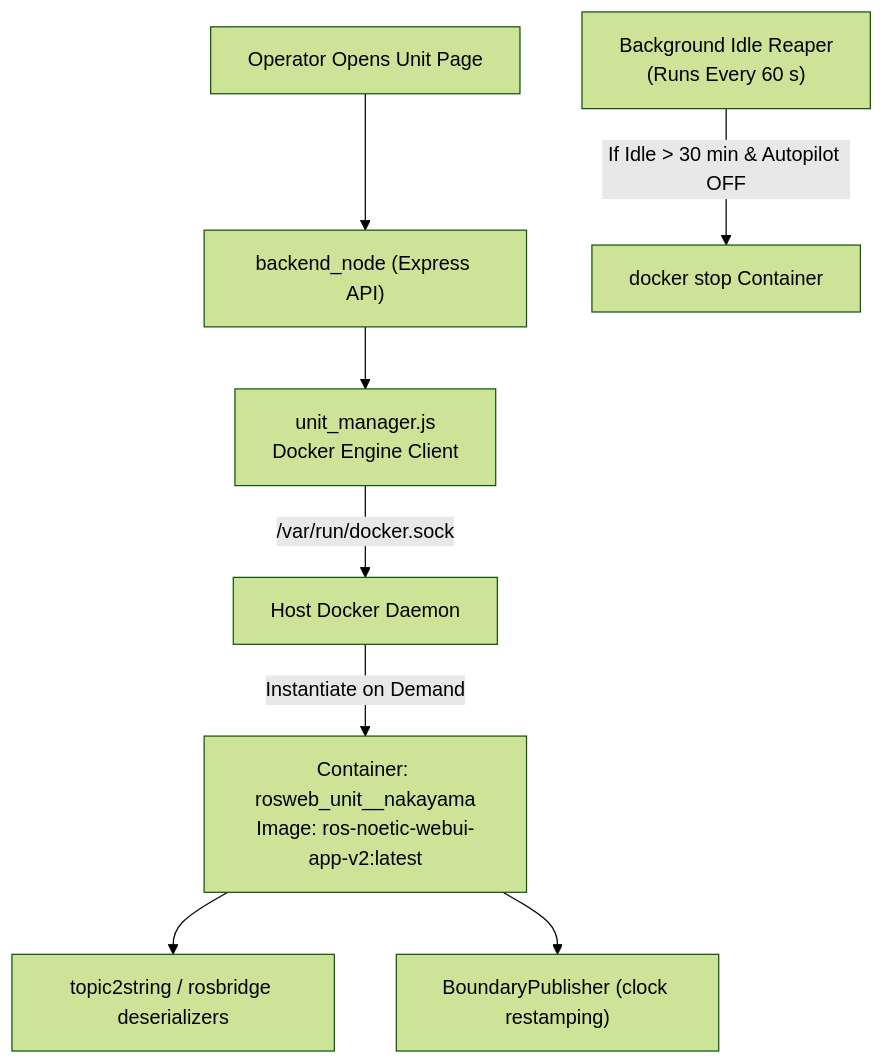
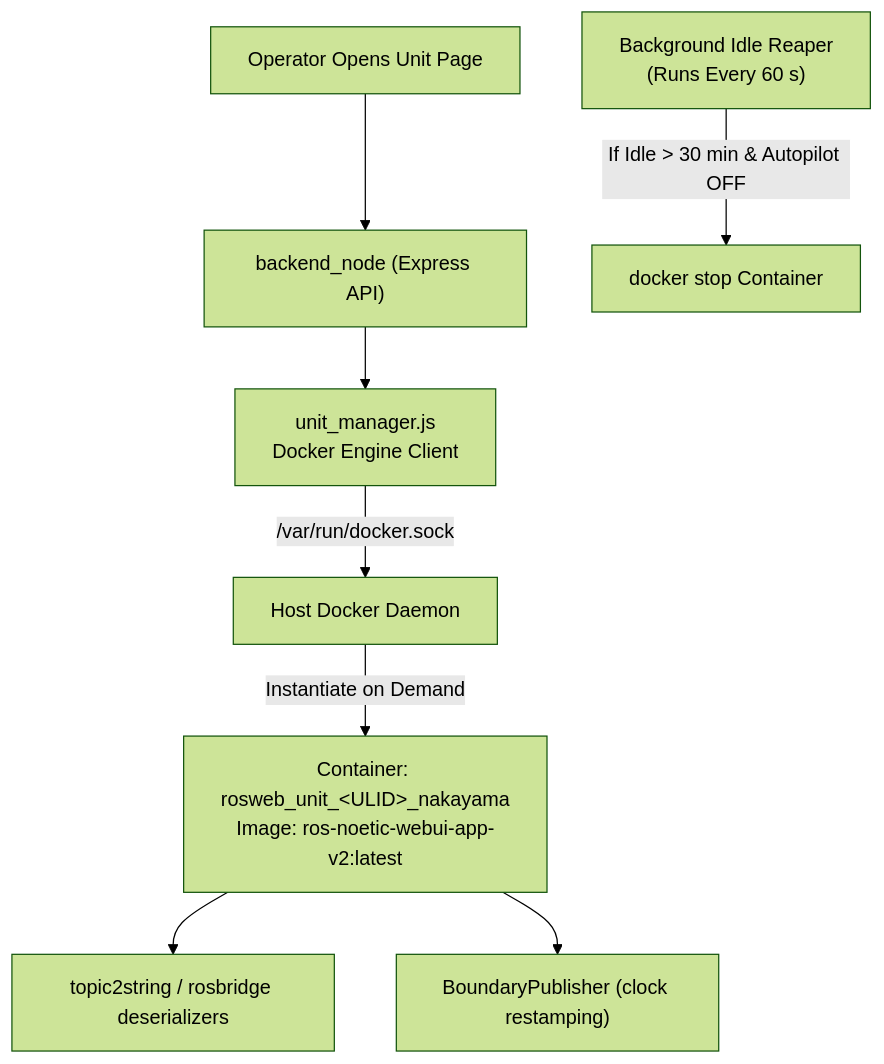
Before and after one commit to itbdelaboprogramming/msd700_documentation: the first of 2 diagrams in docs/development/unit-container-lifecycle.md, drawn with Mermaid (forest theme). The commit also changed 148 other files, not shown here.

First line of the commit message:
docs: render all mermaid diagrams to static draw.io-style PNGs

````diff
--- a/docs/development/unit-container-lifecycle.md
+++ b/docs/development/unit-container-lifecycle.md
@@ -20,12 +20,12 @@
 ```mermaid
 flowchart TD
   OPERATOR["Operator Opens Unit Page"] --> API["backend_node (Express API)"]
   API --> UM["unit_manager.js<br/>Docker Engine Client"]
   UM -->|/var/run/docker.sock| DOCKER["Host Docker Daemon"]
 
-  DOCKER -->|Instantiate on Demand| CONTAINER["Container: rosweb_unit_<ULID>_nakayama<br/>Image: ros-noetic-webui-app-v2:latest"]
+  DOCKER -->|Instantiate on Demand| CONTAINER["Container: rosweb_unit_#lt;ULID#gt;_nakayama<br/>Image: ros-noetic-webui-app-v2:latest"]
   CONTAINER --> RELAY1["topic2string / rosbridge deserializers"]
   CONTAINER --> RELAY2["BoundaryPublisher (clock restamping)"]
 
   REAPER["Background Idle Reaper<br/>(Runs Every 60 s)"] -->|If Idle > 30 min & Autopilot OFF| STOP["docker stop Container"]
 ```
````
